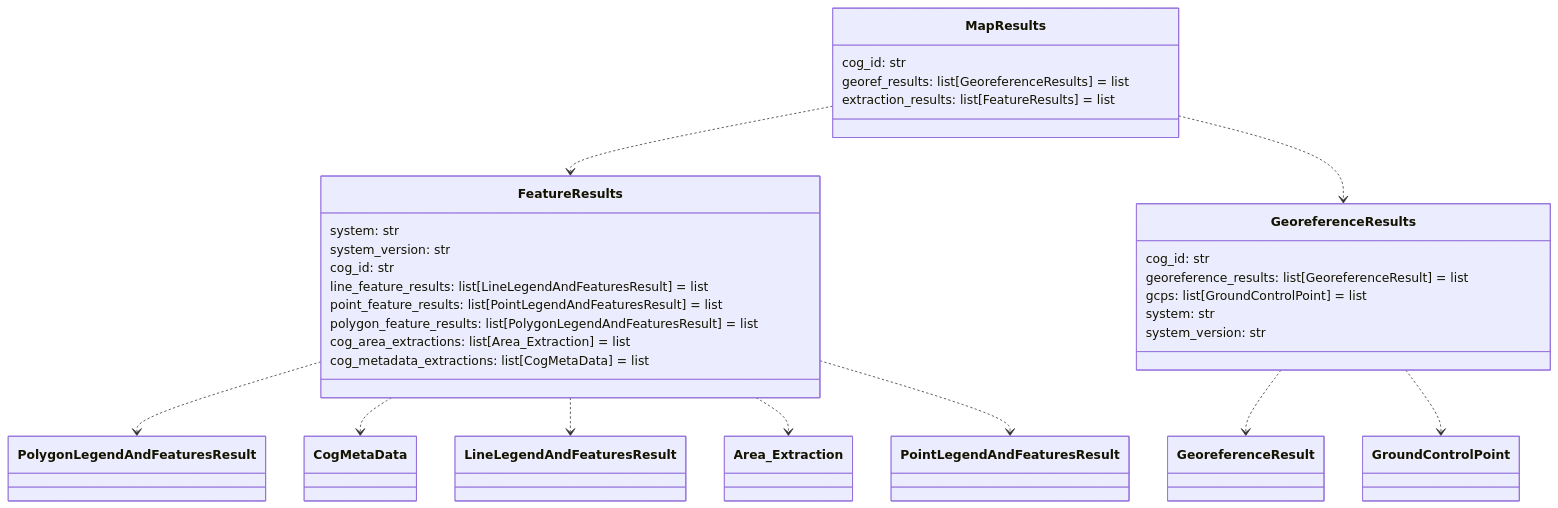
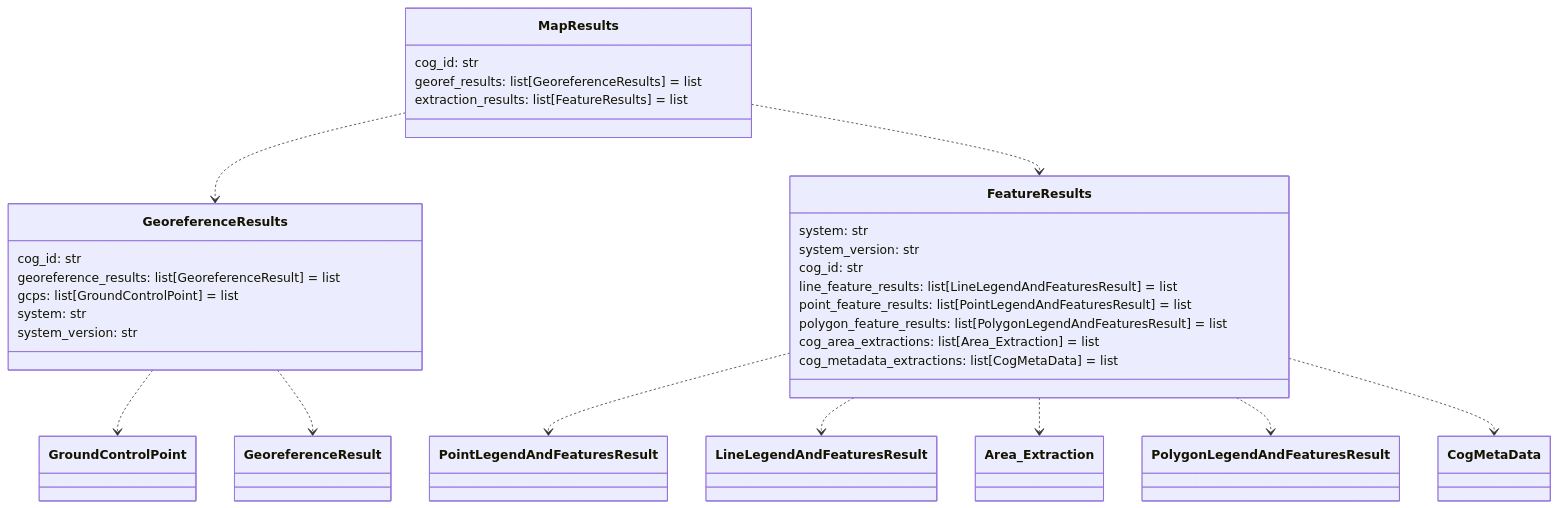
Before and after one commit to DARPA-CRITICALMAAS/cdr_schemas: diagram 11 of 14 in README.md, drawn with Mermaid. The commit also changed other lines of this file and 2 other files, not shown here.

````diff
--- a/README.md
+++ b/README.md
@@ -937,40 +937,40 @@
 ```mermaid
 classDiagram
+
+    class GeoreferenceResults {
+        cog_id: str
+        georeference_results: list[GeoreferenceResult] = list
+        gcps: list[GroundControlPoint] = list
+        system: str
+        system_version: str
+    }
 
     class FeatureResults {
         system: str
         system_version: str
         cog_id: str
         line_feature_results: list[LineLegendAndFeaturesResult] = list
         point_feature_results: list[PointLegendAndFeaturesResult] = list
         polygon_feature_results: list[PolygonLegendAndFeaturesResult] = list
         cog_area_extractions: list[Area_Extraction] = list
         cog_metadata_extractions: list[CogMetaData] = list
     }
 
     class MapResults {
         cog_id: str
         georef_results: list[GeoreferenceResults] = list
         extraction_results: list[FeatureResults] = list
     }
 
-    class GeoreferenceResults {
-        cog_id: str
-        georeference_results: list[GeoreferenceResult] = list
-        gcps: list[GroundControlPoint] = list
-        system: str
-        system_version: str
-    }
-
+    FeatureResults ..> PointLegendAndFeaturesResult
+    FeatureResults ..> LineLegendAndFeaturesResult
+    FeatureResults ..> Area_Extraction
     FeatureResults ..> PolygonLegendAndFeaturesResult
     FeatureResults ..> CogMetaData
-    FeatureResults ..> LineLegendAndFeaturesResult
-    FeatureResults ..> Area_Extraction
-    FeatureResults ..> PointLegendAndFeaturesResult
+    GeoreferenceResults ..> GroundControlPoint
     GeoreferenceResults ..> GeoreferenceResult
-    GeoreferenceResults ..> GroundControlPoint
+    MapResults ..> GeoreferenceResults
     MapResults ..> FeatureResults
-    MapResults ..> GeoreferenceResults
 
 
 ```
````
